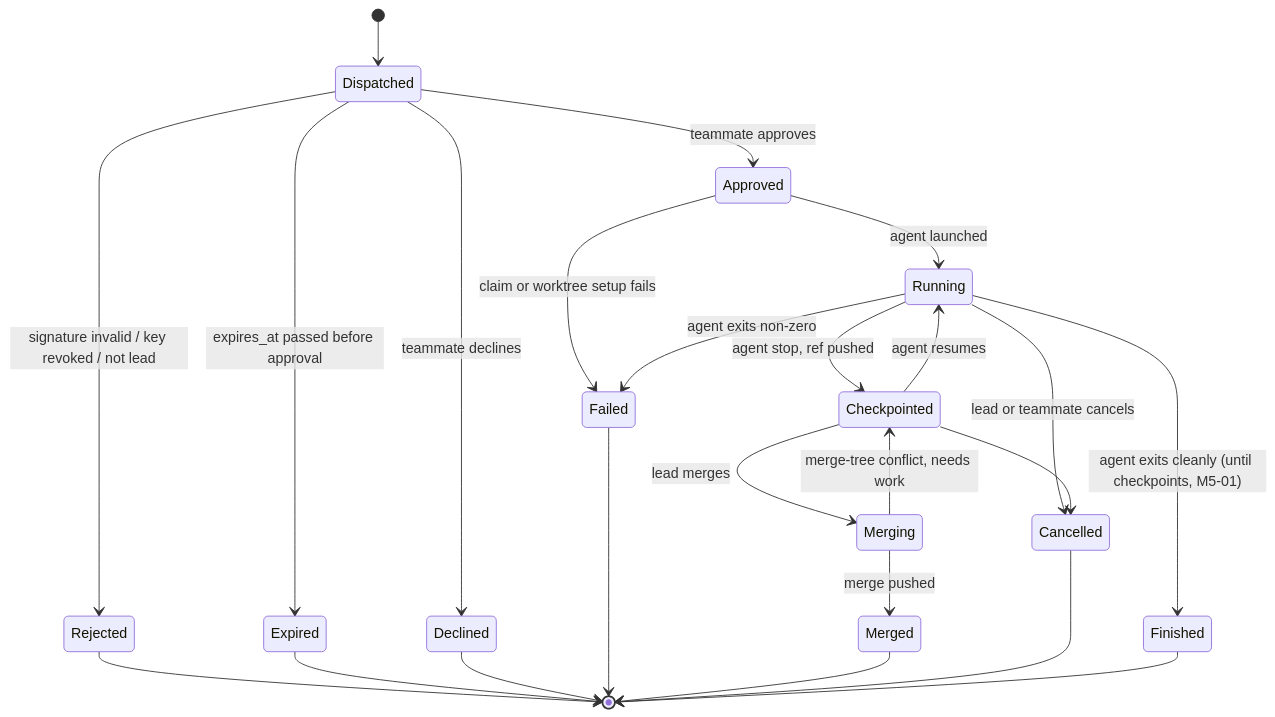
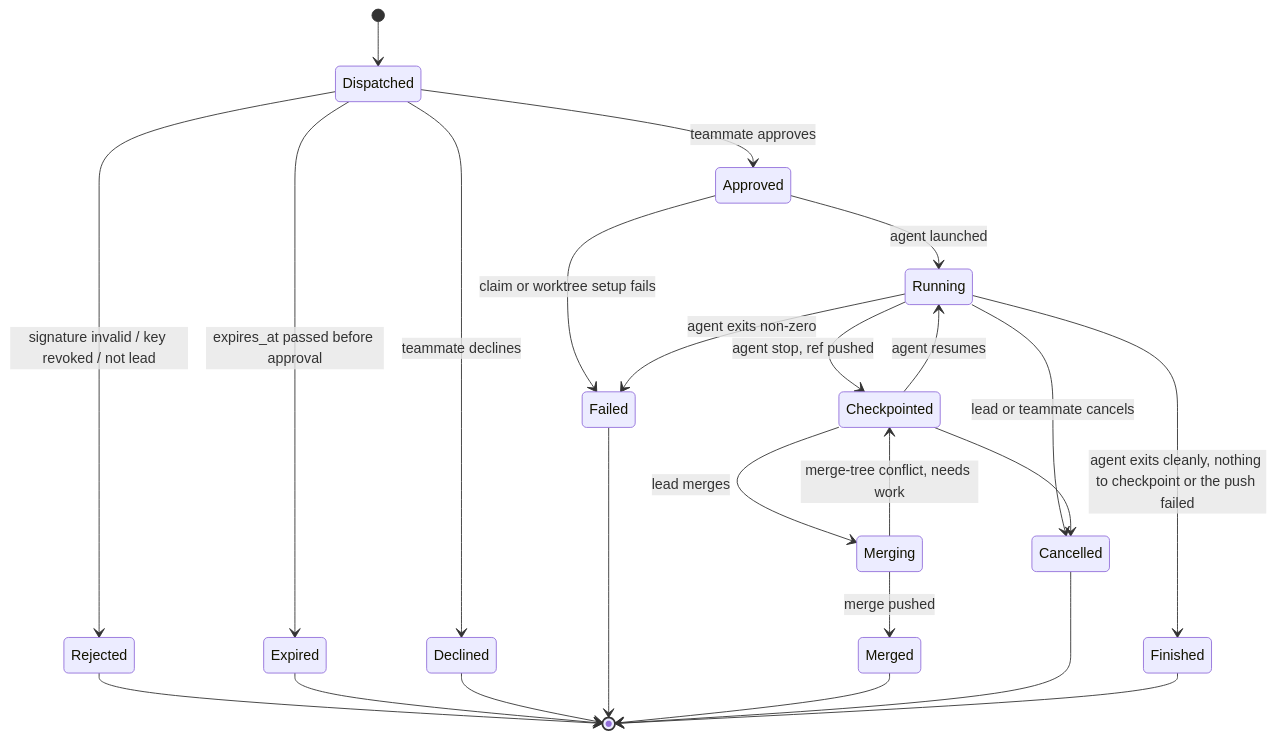
Before and after one commit to crewbo/crewbo: the first of 2 diagrams in docs/architecture/data-model.md, drawn with Mermaid. The commit also changed other lines of this file and 9 other files, not shown here.

First line of the commit message:
feat(daemon): checkpoint a task's work when its agent finishes (#127)

````diff
--- a/docs/architecture/data-model.md
+++ b/docs/architecture/data-model.md
@@ -33,26 +33,26 @@
 ```mermaid
 stateDiagram-v2
   [*] --> Dispatched
   Dispatched --> Rejected: signature invalid / key revoked / not lead
   Dispatched --> Expired: expires_at passed before approval
   Dispatched --> Declined: teammate declines
   Dispatched --> Approved: teammate approves
   Approved --> Failed: claim or worktree setup fails
   Approved --> Running: agent launched
   Running --> Checkpointed: agent stop, ref pushed
   Checkpointed --> Running: agent resumes
   Running --> Failed: agent exits non-zero
   Checkpointed --> Merging: lead merges
   Merging --> Merged: merge pushed
   Merging --> Checkpointed: merge-tree conflict, needs work
   Running --> Cancelled: lead or teammate cancels
-  Running --> Finished: agent exits cleanly (until checkpoints, M5-01)
+  Running --> Finished: agent exits cleanly, nothing to checkpoint or the push failed
   Checkpointed --> Cancelled
   Rejected --> [*]
   Expired --> [*]
   Declined --> [*]
   Failed --> [*]
   Merged --> [*]
   Cancelled --> [*]
   Finished --> [*]
 ```
````
